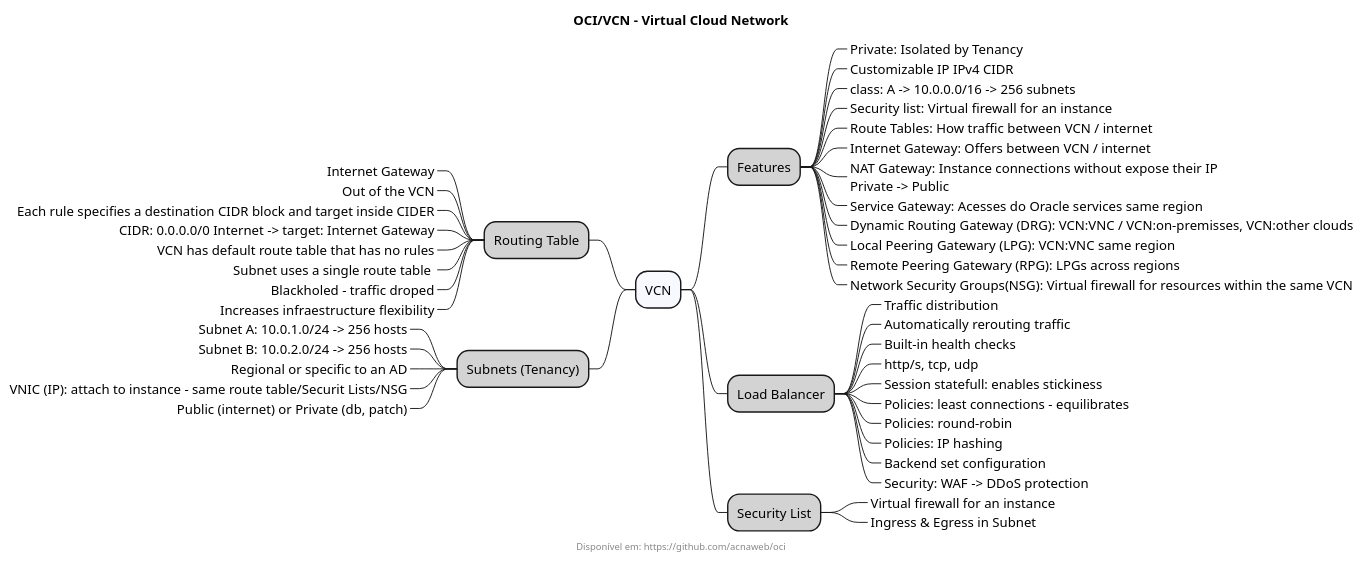
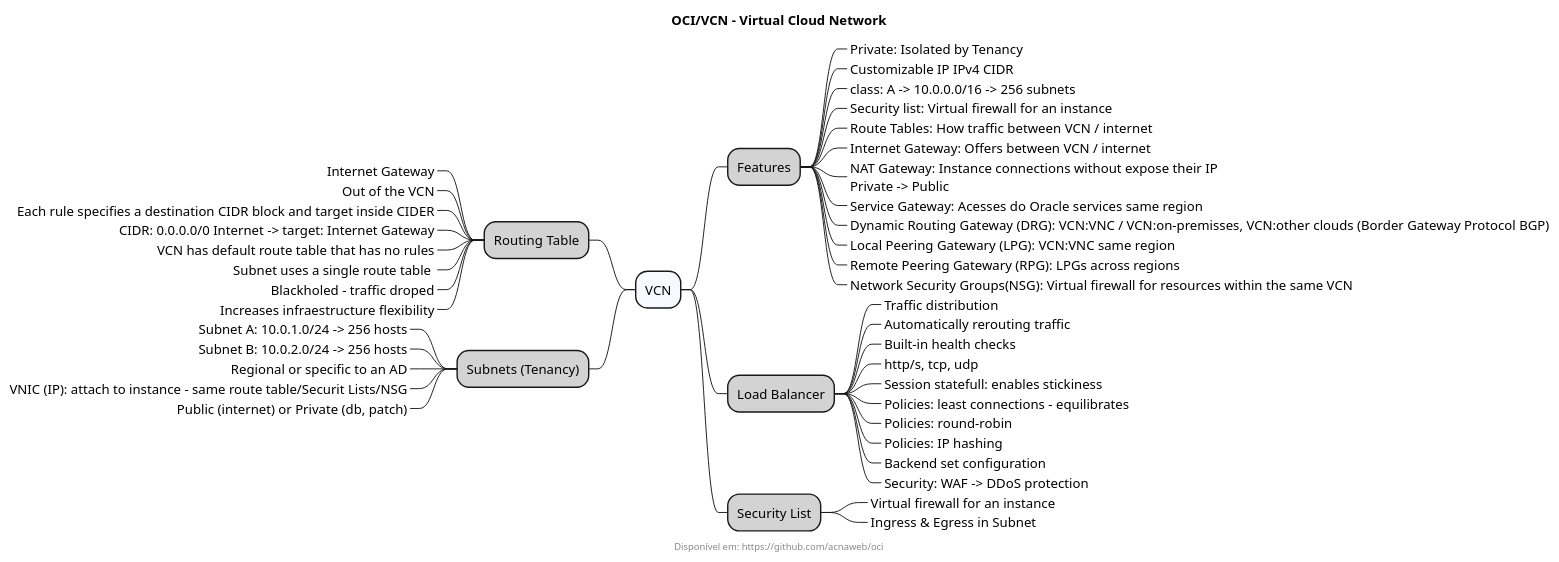
Before and after one commit to acnaweb/oci: the diagram in docs/src/vcn.wsd, drawn with PlantUML. The commit also changed 11 other files, not shown here.

```diff
--- a/docs/src/vcn.wsd
+++ b/docs/src/vcn.wsd
@@ -1,58 +1,58 @@
 @startmindmap
 
 title "OCI/VCN - Virtual Cloud Network"
 footer Disponível em: https://github.com/acnaweb/oci
 
 *[#F8F8FF]  VCN
 
 **[#LightGray] Features
 
 ***_ Private: Isolated by Tenancy
 ***_ Customizable IP IPv4 CIDR
 ***_ class: A -> 10.0.0.0/16 -> 256 subnets
 ***_ Security list: Virtual firewall for an instance
 ***_ Route Tables: How traffic between VCN / internet
 ***_ Internet Gateway: Offers between VCN / internet
 ***_ NAT Gateway: Instance connections without expose their IP\nPrivate -> Public
 ***_ Service Gateway: Acesses do Oracle services same region
-***_ Dynamic Routing Gateway (DRG): VCN:VNC / VCN:on-premisses, VCN:other clouds
+***_ Dynamic Routing Gateway (DRG): VCN:VNC / VCN:on-premisses, VCN:other clouds (Border Gateway Protocol BGP)
 ***_ Local Peering Gatewary (LPG): VCN:VNC same region
 ***_ Remote Peering Gatewary (RPG): LPGs across regions
 ***_ Network Security Groups(NSG): Virtual firewall for resources within the same VCN
 
 **[#LightGray] Load Balancer
 ***_ Traffic distribution
 ***_ Automatically rerouting traffic 
 ***_ Built-in health checks
 ***_ http/s, tcp, udp
 ***_ Session statefull: enables stickiness
 ***_ Policies: least connections - equilibrates
 ***_ Policies: round-robin
 ***_ Policies: IP hashing
 ***_ Backend set configuration
 ***_ Security: WAF -> DDoS protection
 
 **[#LightGray] Security List
 ***_ Virtual firewall for an instance
 ***_ Ingress & Egress in Subnet
 
 left side
 
 **[#LightGray] Routing Table
 ***_ Internet Gateway
 ***_ Out of the VCN
 ***_ Each rule specifies a destination CIDR block and target inside CIDER
 ***_ CIDR: 0.0.0.0/0 Internet -> target: Internet Gateway
 ***_ VCN has default route table that has no rules
 ***_ Subnet uses a single route table 
 ***_ Blackholed - traffic droped
 ***_ Increases infraestructure flexibility
 
 **[#LightGray] Subnets (Tenancy)
 ***_ Subnet A: 10.0.1.0/24 -> 256 hosts
 ***_ Subnet B: 10.0.2.0/24 -> 256 hosts
 ***_ Regional or specific to an AD
 ***_ VNIC (IP): attach to instance - same route table/Securit Lists/NSG
 ***_ Public (internet) or Private (db, patch)
 
 @endmindmap
```
